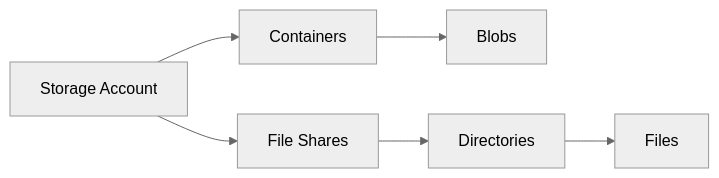
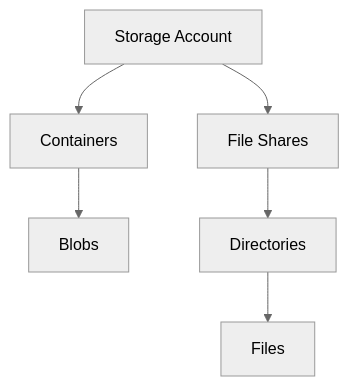
Before and after one commit to yeongseon/azure-storage-practical-guide: the diagram in docs/operations/manage-containers-and-shares.md, drawn with Mermaid (neutral theme). The commit also changed 27 other files, not shown here.

First line of the commit message:
docs: convert LR diagrams to TD for readability and add orientation rule

````diff
--- a/docs/operations/manage-containers-and-shares.md
+++ b/docs/operations/manage-containers-and-shares.md
@@ -26,8 +26,8 @@
 ```mermaid
-graph LR
+graph TD
     A[Storage Account] --> B[Containers]
     A --> C[File Shares]
     B --> D[Blobs]
     C --> E[Directories]
     E --> F[Files]
 ```
````
